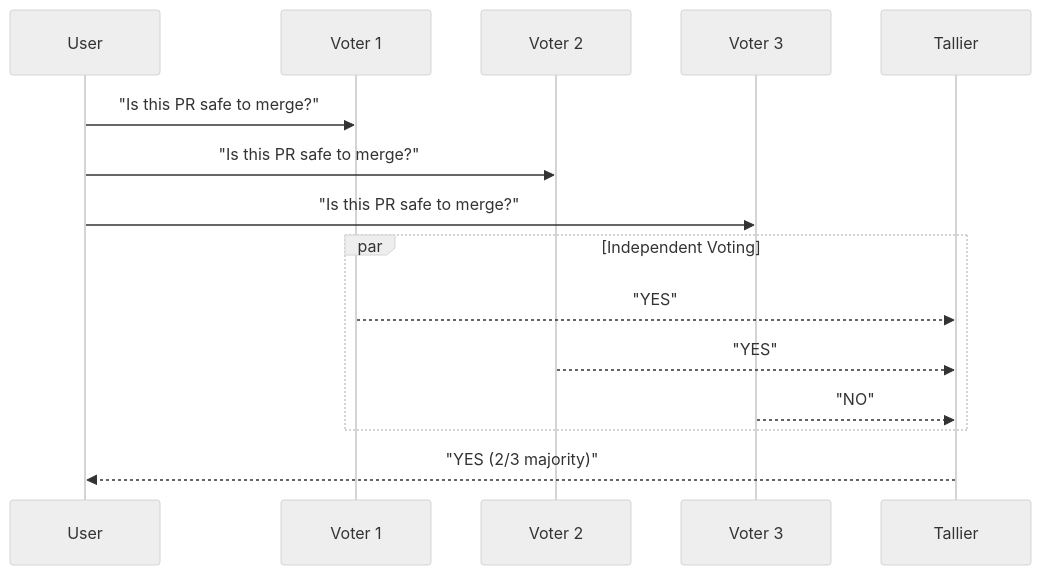
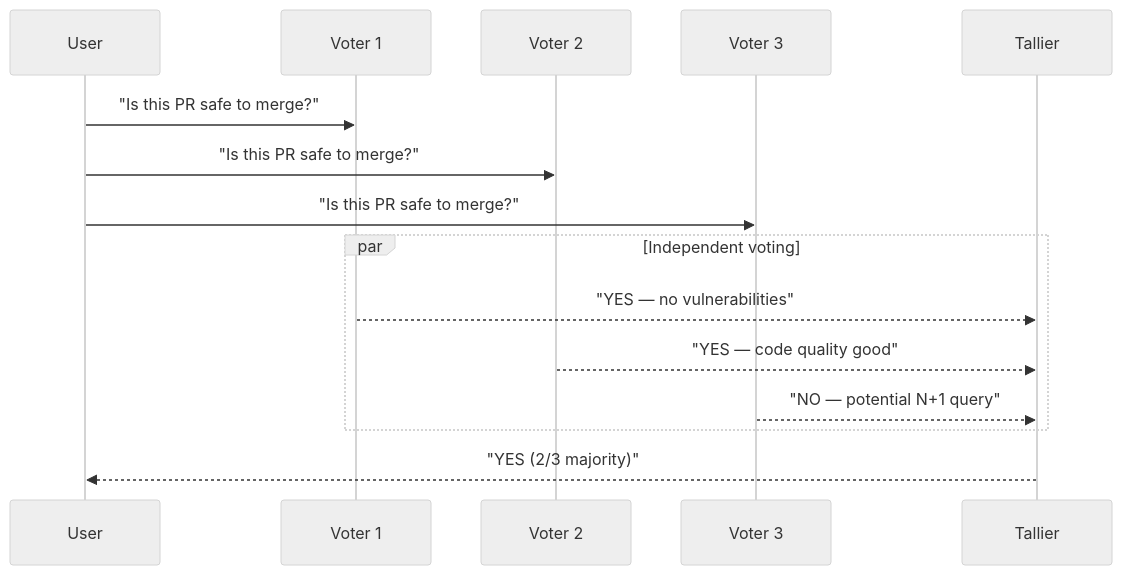
The diagram in docs/patterns/resolution/voting.md (pyagent-core/pyagent), drawn with Mermaid (neutral theme) before and after one commit. The commit also changed other lines of this file and 152 other files, not shown here.

````diff
--- a/docs/patterns/resolution/voting.md
+++ b/docs/patterns/resolution/voting.md
@@ -7,18 +12,18 @@
 ```mermaid
 sequenceDiagram
     participant U as User
     participant V1 as Voter 1
     participant V2 as Voter 2
     participant V3 as Voter 3
     participant T as Tallier
 
     U->>V1: "Is this PR safe to merge?"
     U->>V2: "Is this PR safe to merge?"
     U->>V3: "Is this PR safe to merge?"
-    par Independent Voting
-        V1-->>T: "YES"
-        V2-->>T: "YES"
-        V3-->>T: "NO"
+    par Independent voting
+        V1-->>T: "YES — no vulnerabilities"
+        V2-->>T: "YES — code quality good"
+        V3-->>T: "NO — potential N+1 query"
     end
     T-->>U: "YES (2/3 majority)"
 ```
````
